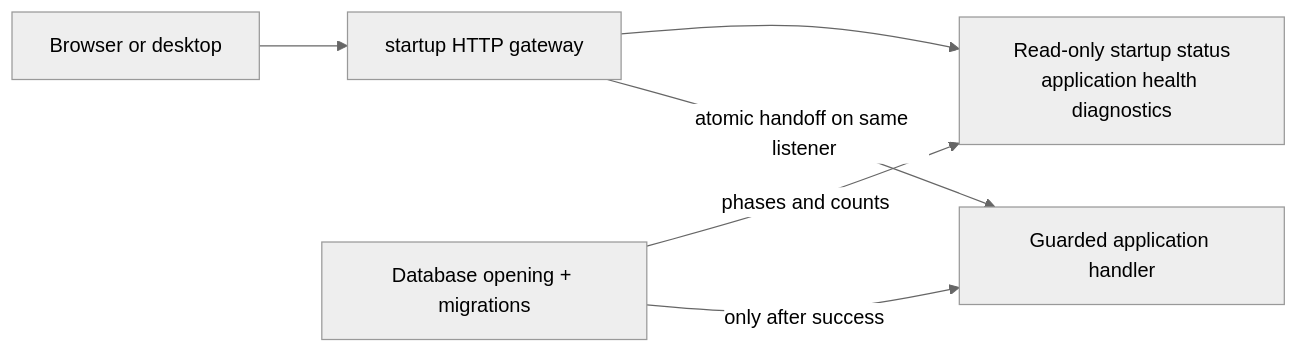
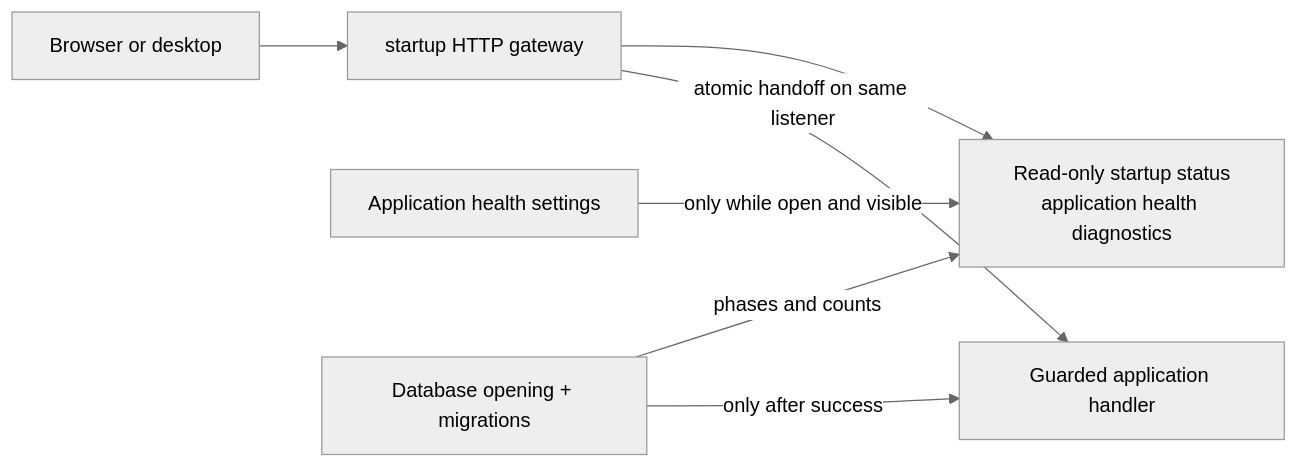
Before and after one commit to ocman/ocman: the sixth of 13 diagrams in docs/other/architecture.md, drawn with Mermaid (neutral theme). The commit also changed other lines of this file and 15 other files, not shown here.

````diff
--- a/docs/other/architecture.md
+++ b/docs/other/architecture.md
@@ -630,8 +631,9 @@
 ```mermaid
 flowchart LR
     Browser[Browser or desktop] --> Gateway[startup HTTP gateway]
     Gateway --> Progress[Read-only startup status<br/>application health diagnostics]
+    Settings[Application health settings] -->|only while open and visible| Progress
     Composition[Database opening + migrations] -->|phases and counts| Progress
     Composition -->|only after success| Application[Guarded application handler]
     Gateway -->|atomic handoff on same listener| Application
 ```
````
